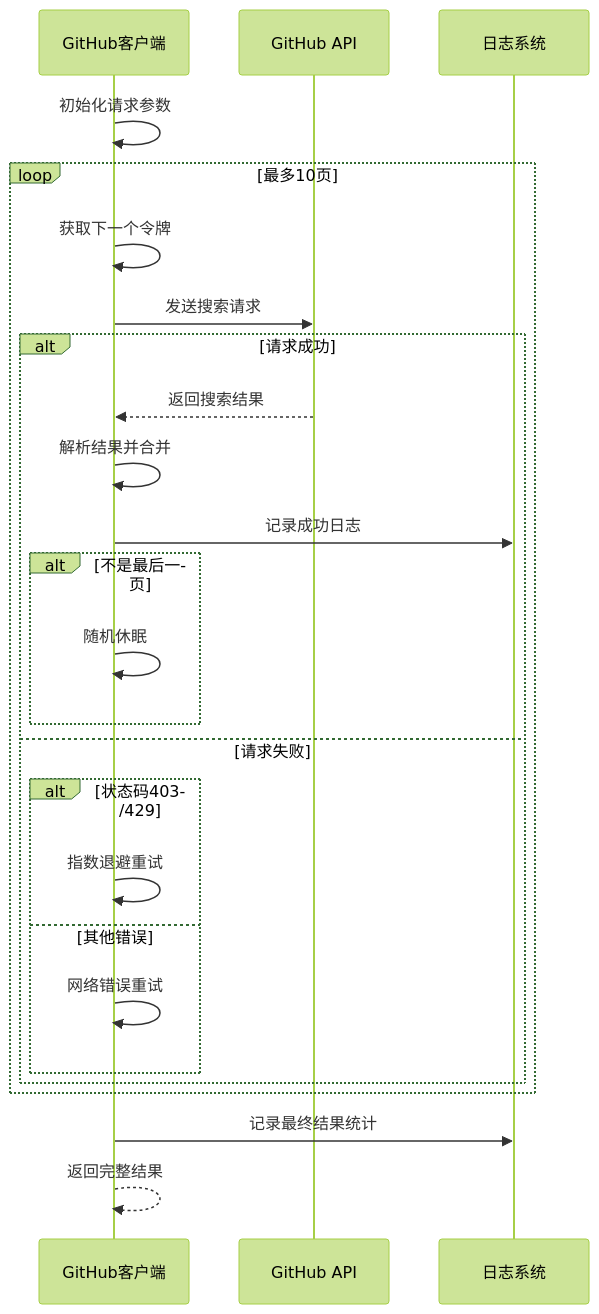
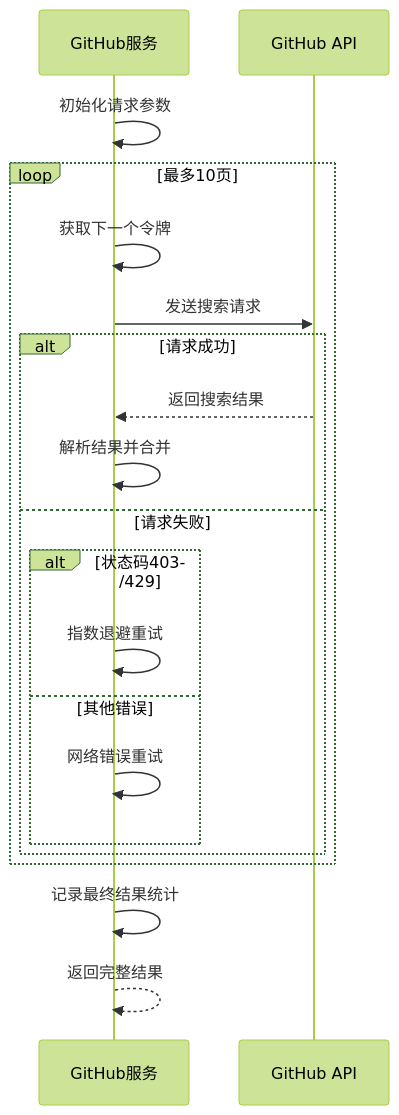
Before and after one commit to james-6-23/APIKEY-king: the ninth of 12 diagrams in .qoder/repowiki/zh/content/开发者指南/开发者指南.md, drawn with Mermaid (forest theme). The commit also changed other lines of this file and 49 other files, not shown here.

````diff
--- a/.qoder/repowiki/zh/content/开发者指南/开发者指南.md
+++ b/.qoder/repowiki/zh/content/开发者指南/开发者指南.md
@@ -297,27 +361,22 @@
 ```mermaid
 sequenceDiagram
-participant Client as GitHub客户端
+participant Client as GitHub服务
 participant API as GitHub API
-participant Logger as 日志系统
 Client->>Client : 初始化请求参数
 loop 最多10页
 Client->>Client : 获取下一个令牌
 Client->>API : 发送搜索请求
 alt 请求成功
 API-->>Client : 返回搜索结果
 Client->>Client : 解析结果并合并
-Client->>Logger : 记录成功日志
-alt 不是最后一页
-Client->>Client : 随机休眠
-end
 else 请求失败
 alt 状态码403/429
 Client->>Client : 指数退避重试
 else 其他错误
 Client->>Client : 网络错误重试
 end
 end
 end
-Client->>Logger : 记录最终结果统计
+Client->>Client : 记录最终结果统计
 Client-->>Client : 返回完整结果
 ```
````
